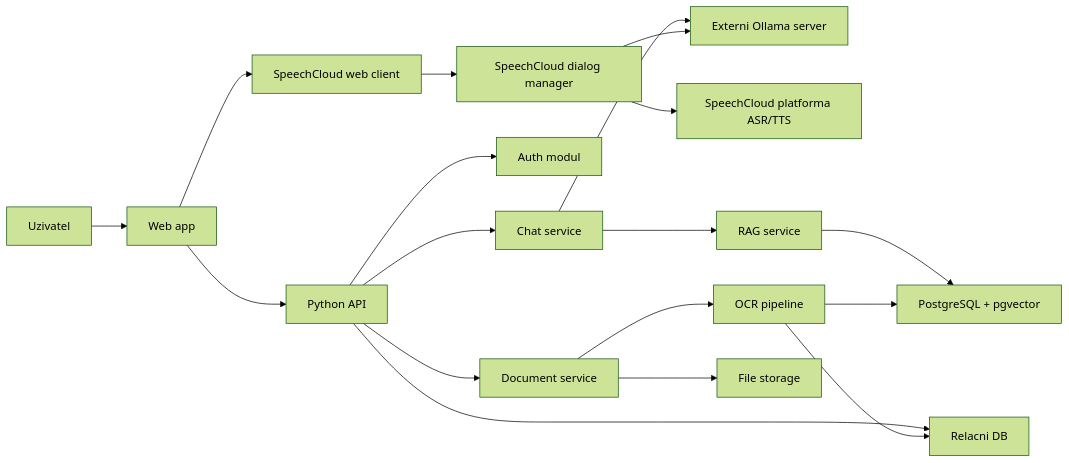
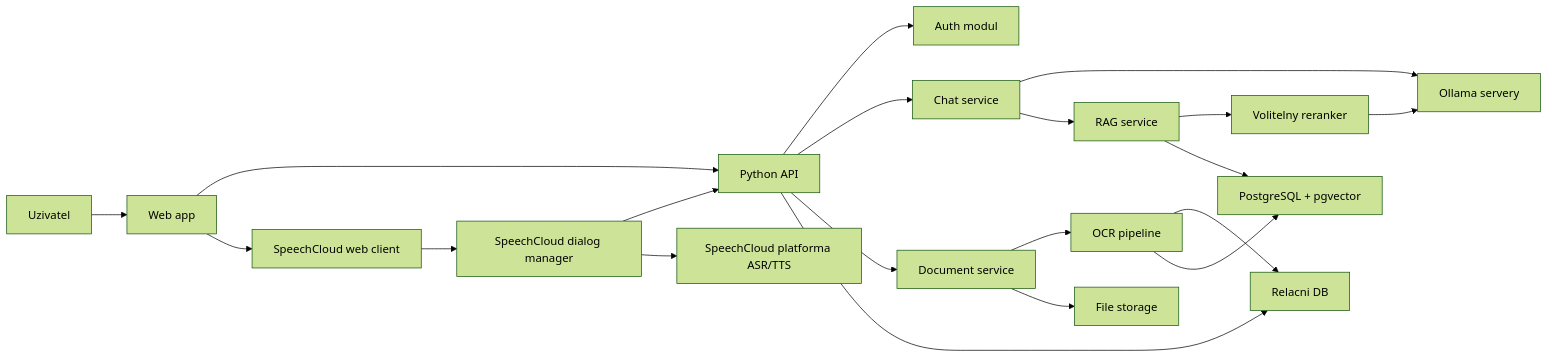
One commit to VLepic/Receipt_chat changed the diagram in docs/02-architecture.md. Above: the diagram before and after it, drawn with Mermaid (forest theme). The commit also changed other lines of this file and 6 other files, not shown here.

````diff
--- a/docs/02-architecture.md
+++ b/docs/02-architecture.md
@@ -7,20 +7,22 @@
 ```mermaid
 flowchart LR
     User["Uzivatel"] --> Web["Web app"]
     Web --> API["Python API"]
     Web --> SC["SpeechCloud web client"]
     SC --> DM["SpeechCloud dialog manager"]
     API --> Auth["Auth modul"]
     API --> Chat["Chat service"]
     API --> Docs["Document service"]
-    Chat --> Ollama["Externi Ollama server"]
-    DM --> Ollama
+    Chat --> Ollama["Ollama servery"]
+    DM --> API
     DM --> SCAPI["SpeechCloud platforma ASR/TTS"]
     Chat --> RAG["RAG service"]
+    RAG --> RR["Volitelny reranker"]
+    RR --> Ollama
     RAG --> VectorDB["PostgreSQL + pgvector"]
     Docs --> OCR["OCR pipeline"]
     Docs --> Storage["File storage"]
     API --> DB["Relacni DB"]
     OCR --> DB
     OCR --> VectorDB
 ```
````
